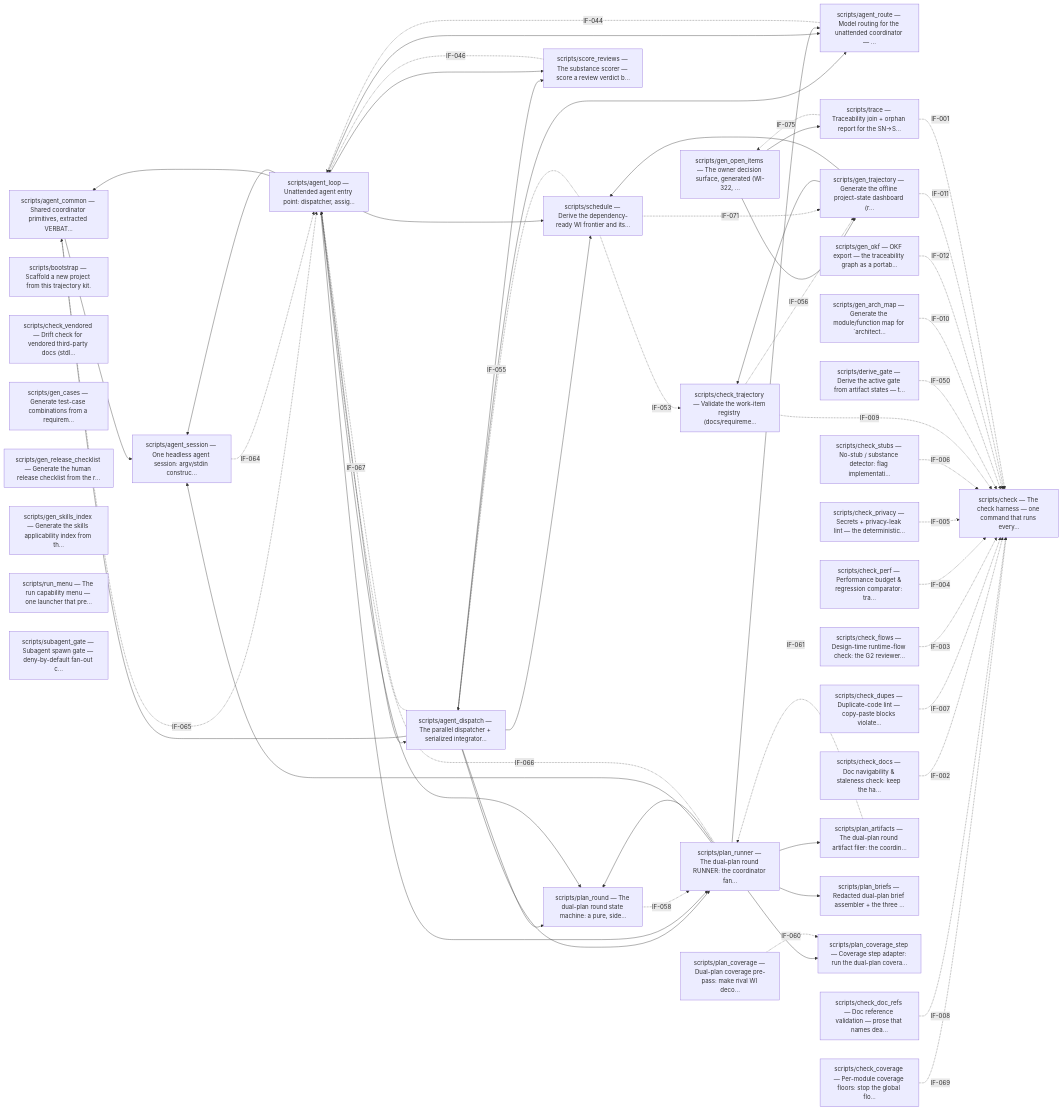
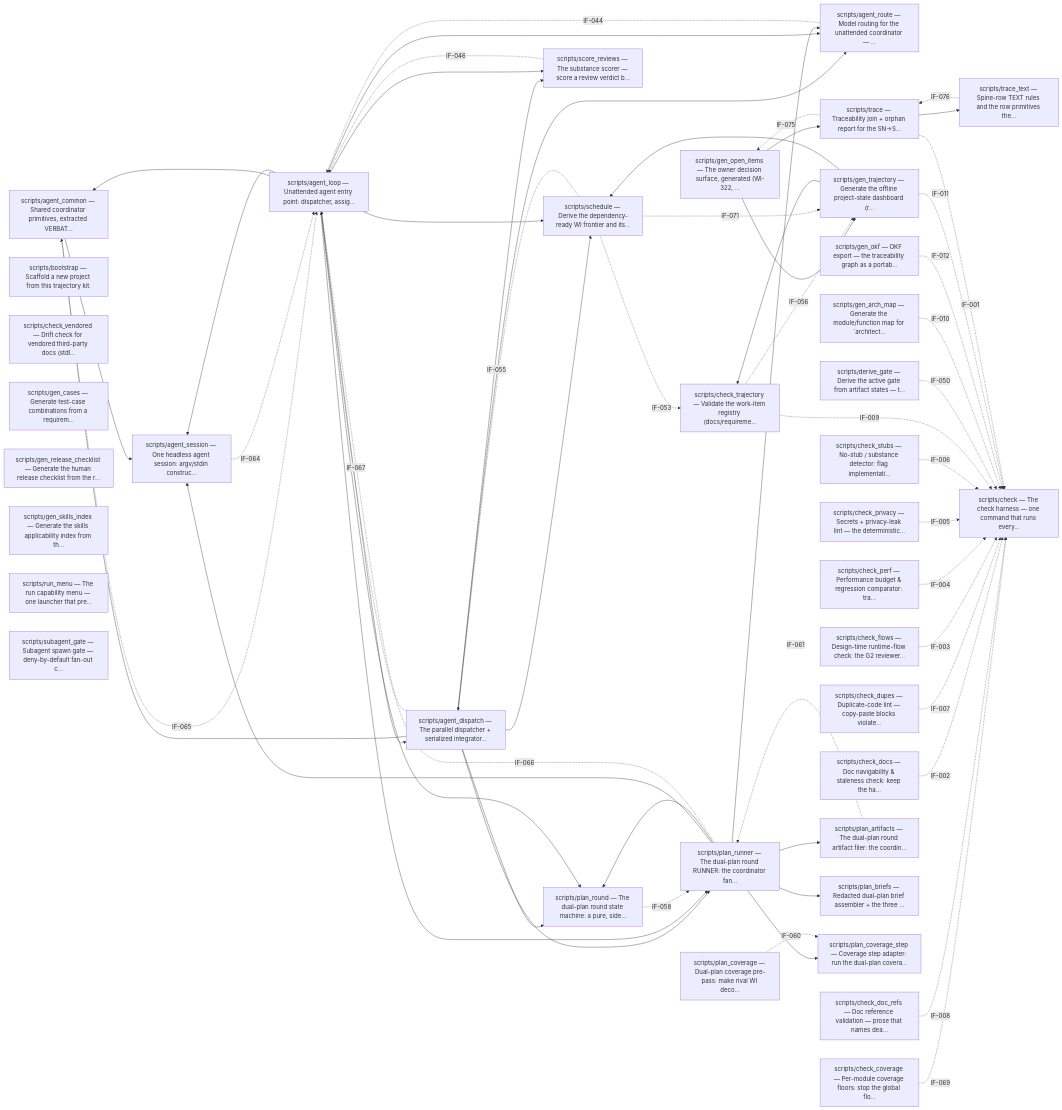
The first of 4 diagrams in docs/architecture.md (diytechy/ai-template), drawn with Mermaid before and after one commit. The commit also changed other lines of this file and 22 other files, not shown here.

````diff
--- a/docs/architecture.md
+++ b/docs/architecture.md
@@ -72,6 +72,7 @@
     m_scripts_score_reviews["scripts/score_reviews — The substance scorer — score a review verdict b…"]
     m_scripts_subagent_gate["scripts/subagent_gate — Subagent spawn gate — deny-by-default fan-out c…"]
     m_scripts_trace["scripts/trace — Traceability join + orphan report for the SN->S…"]
+    m_scripts_trace_text["scripts/trace_text — Spine-row TEXT rules and the row primitives the…"]
     m_scripts_agent_common --> m_scripts_agent_session
     m_scripts_agent_dispatch --> m_scripts_agent_common
     m_scripts_agent_dispatch --> m_scripts_agent_route
@@ -97,6 +98,7 @@
     m_scripts_plan_runner --> m_scripts_plan_briefs
     m_scripts_plan_runner --> m_scripts_plan_coverage_step
     m_scripts_plan_runner --> m_scripts_plan_round
+    m_scripts_trace --> m_scripts_trace_text
     m_scripts_agent_common -. IF-065 .-> m_scripts_agent_loop
     m_scripts_agent_dispatch -. IF-067 .-> m_scripts_agent_loop
     m_scripts_agent_route -. IF-044 .-> m_scripts_agent_loop
@@ -125,4 +127,5 @@
     m_scripts_score_reviews -. IF-046 .-> m_scripts_agent_loop
     m_scripts_trace -. IF-001 .-> m_scripts_check
     m_scripts_trace -. IF-075 .-> m_scripts_gen_open_items
+    m_scripts_trace_text -. IF-076 .-> m_scripts_trace
 ```
````
